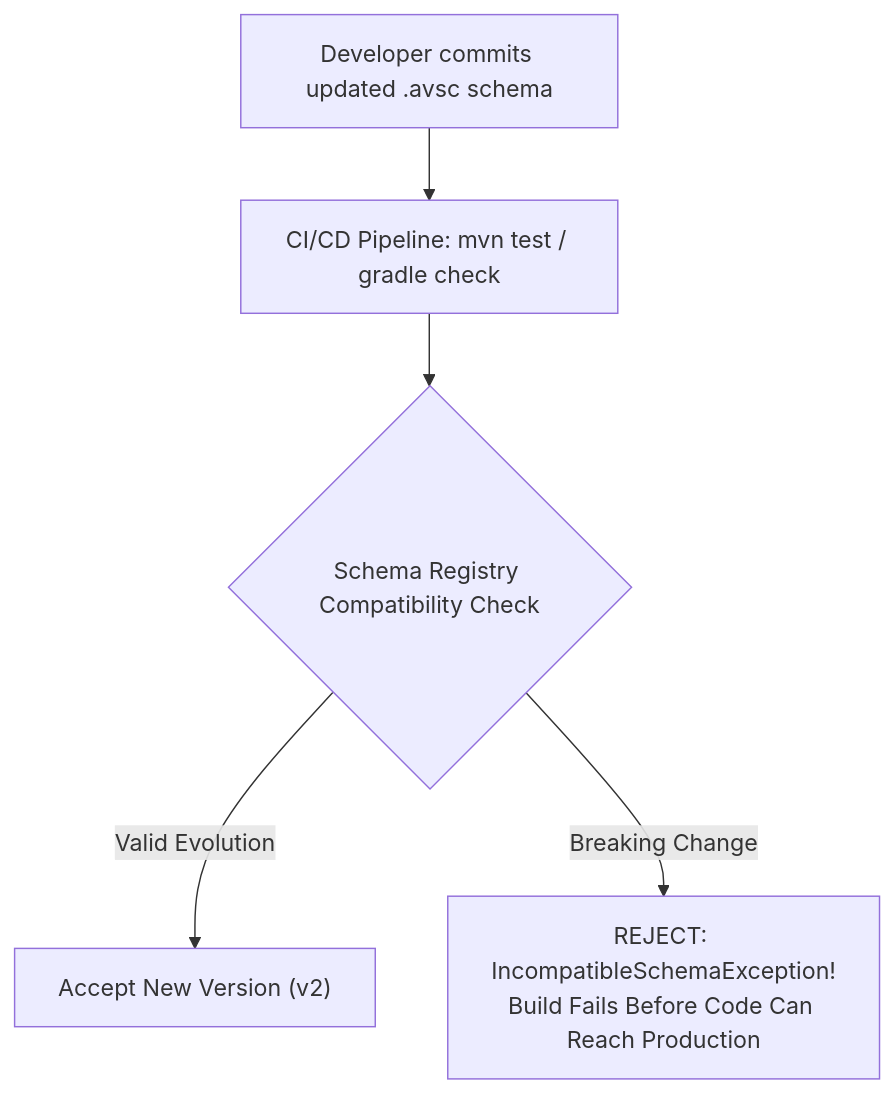
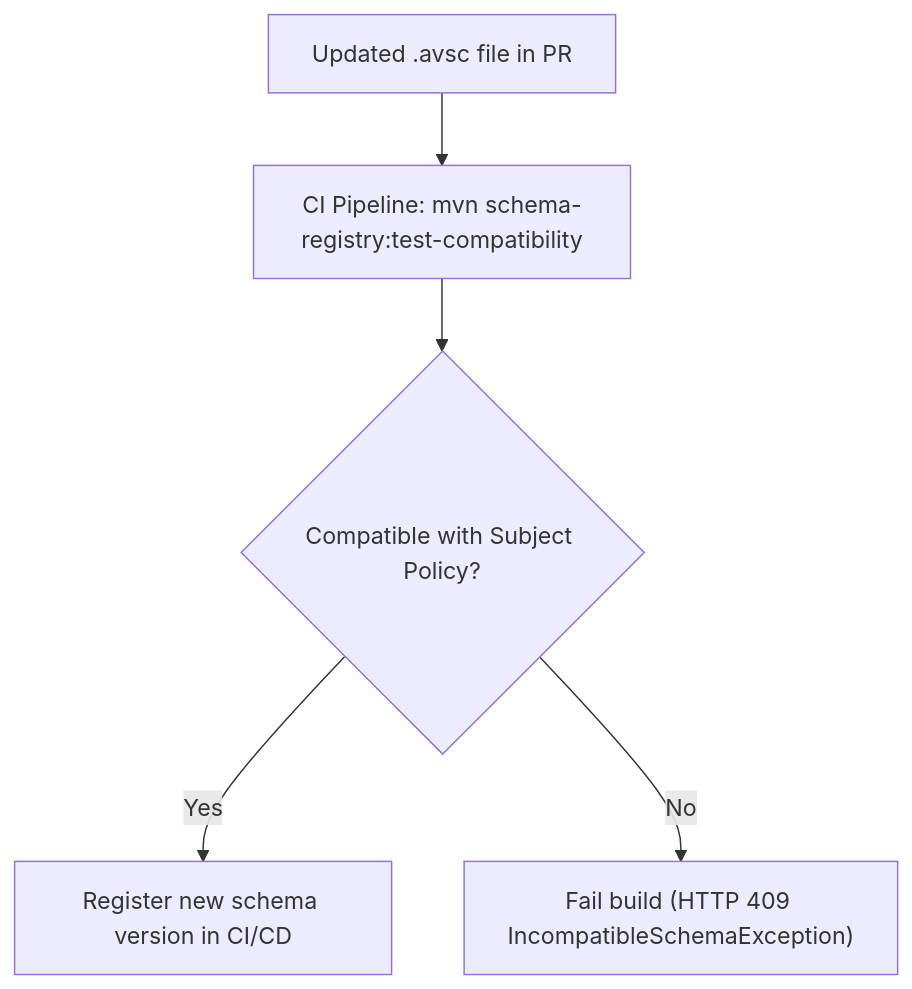
One commit to ravishankar2463/java_hub changed the third of 4 diagrams in content/roadmap/level-10/schema-registry-and-apache-avro.md. Above: the diagram before and after it, drawn with Mermaid. The commit also changed other lines of this file and 119 other files, not shown here.

Commit message:
feat: add comprehensive java learning roadmap content across multiple levels

````diff
--- a/content/roadmap/level-10/schema-registry-and-apache-avro.md
+++ b/content/roadmap/level-10/schema-registry-and-apache-avro.md
@@ -103,7 +105,7 @@
 ```mermaid
 flowchart TD
-    Dev["Developer commits updated .avsc schema"] --> CI["CI/CD Pipeline: mvn test / gradle check"]
-    CI --> SRCheck{"Schema Registry Compatibility Check"}
-    SRCheck -- Valid Evolution --> Register["Accept New Version (v2)"]
-    SRCheck -- Breaking Change --> Reject["REJECT: IncompatibleSchemaException!<br/>Build Fails Before Code Can Reach Production"]
+    Change["Updated .avsc file in PR"] --> CI["CI Pipeline: mvn schema-registry:test-compatibility"]
+    CI --> Check{"Compatible with Subject Policy?"}
+    Check -->|"Yes"| Register["Register new schema version in CI/CD"]
+    Check -->|"No"| Fail["Fail build (HTTP 409 IncompatibleSchemaException)"]
 ```
````
